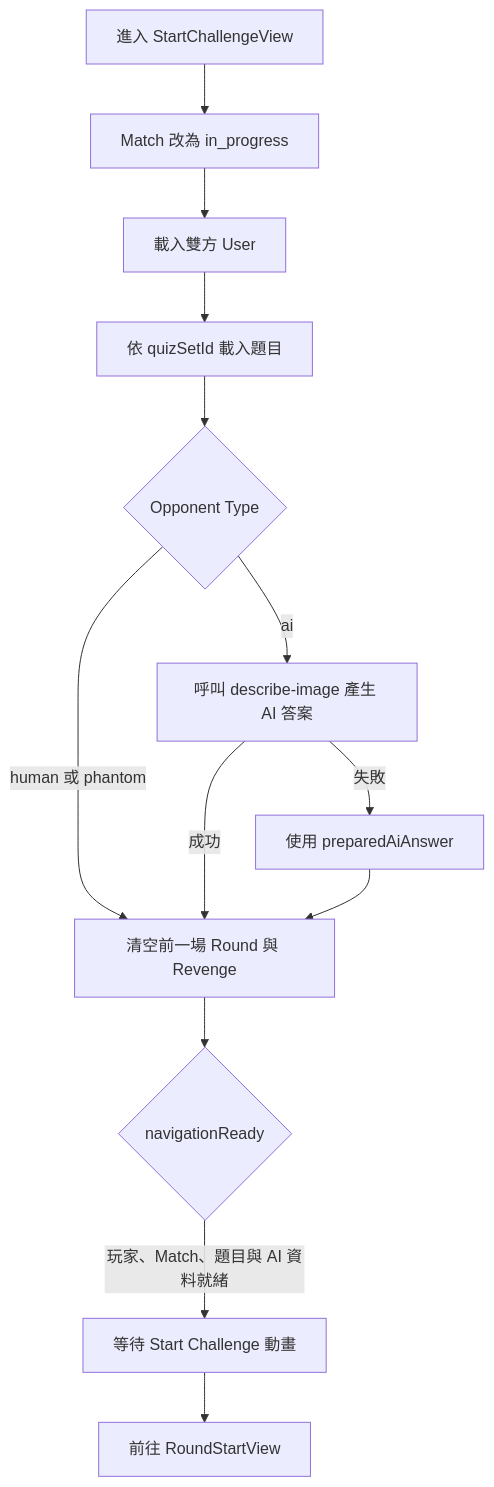
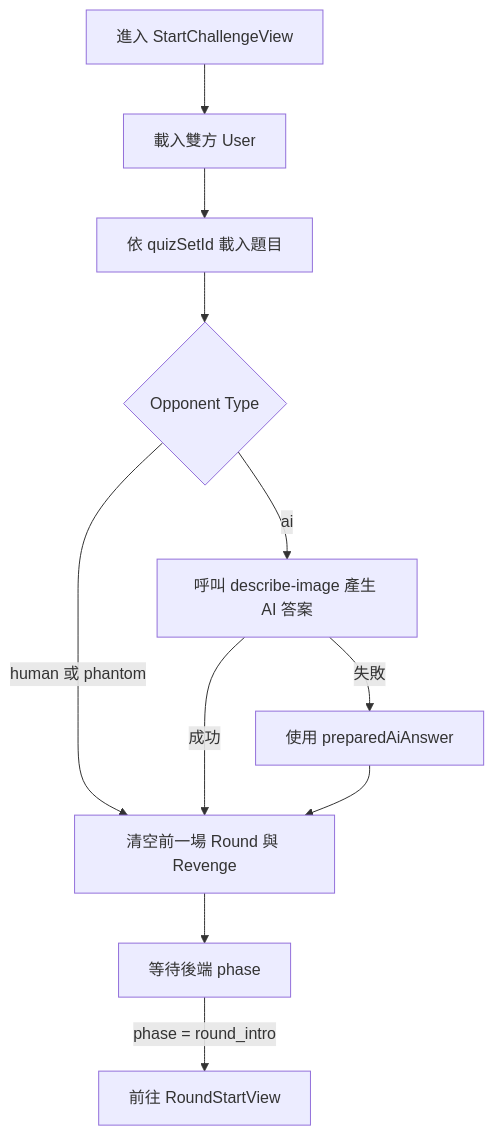
The fifth of 10 diagrams in GAME_FLOW.md (HsiaoChuanWang/lightning), drawn with Mermaid before and after one commit. The commit also changed other lines of this file and 22 other files, not shown here.

Commit message:
feat: synchronize backend game flow and refine round and rematch transitions

````diff
--- a/GAME_FLOW.md
+++ b/GAME_FLOW.md
@@ -136,15 +160,13 @@
 ```mermaid
 flowchart TD
-    Start[進入 StartChallengeView] --> Status[Match 改為 in_progress]
-    Status --> Users[載入雙方 User]
+    Start[進入 StartChallengeView] --> Users[載入雙方 User]
     Users --> Quiz[依 quizSetId 載入題目]
     Quiz --> Type{Opponent Type}
     Type -->|human 或 phantom| Reset[清空前一場 Round 與 Revenge]
     Type -->|ai| Images[呼叫 describe-image 產生 AI 答案]
     Images -->|成功| Reset
     Images -->|失敗| Fallback[使用 preparedAiAnswer]
     Fallback --> Reset
-    Reset --> Ready{navigationReady}
-    Ready -->|玩家、Match、題目與 AI 資料就緒| Delay[等待 Start Challenge 動畫]
-    Delay --> RoundStart[前往 RoundStartView]
+    Reset --> Wait[等待後端 phase]
+    Wait -->|phase = round_intro| RoundStart[前往 RoundStartView]
 ```
````
